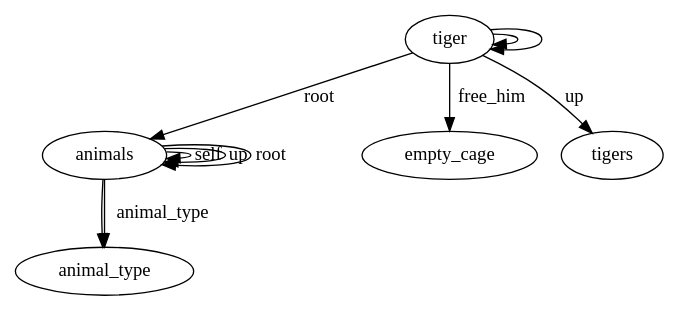
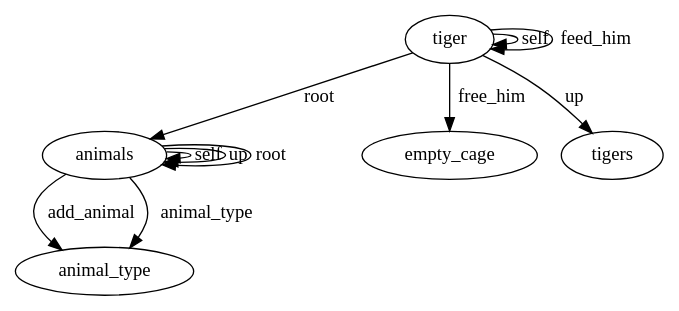
One commit to mooreniemi/pica changed the diagram in examples/zoo/zoo.dot. Above: the diagram before and after it, drawn with Graphviz. The commit also changed 4 other files, not shown here.

```diff
--- a/examples/zoo/zoo.dot
+++ b/examples/zoo/zoo.dot
@@ -1,23 +1,23 @@
 digraph {
 	
 	  animals -> animals [label="self"];
   
-	  animals -> animal_type#id [label="add_animal"];
+	  animals -> animal_type [label="add_animal"];
   
 	  animals -> animal_type [label="animal_type"];
   
 	  animals -> animals [label="up"];
   
 	  animals -> animals [label="root"];
   
-	  tiger -> tiger#33 [label="self"];
+	  tiger -> tiger [label="self"];
   
 	  tiger -> empty_cage [label="free_him"];
   
-	  tiger -> tiger#33 [label="feed_him"];
+	  tiger -> tiger [label="feed_him"];
   
 	  tiger -> tigers [label="up"];
   
 	  tiger -> animals [label="root"];
   
 }
```
